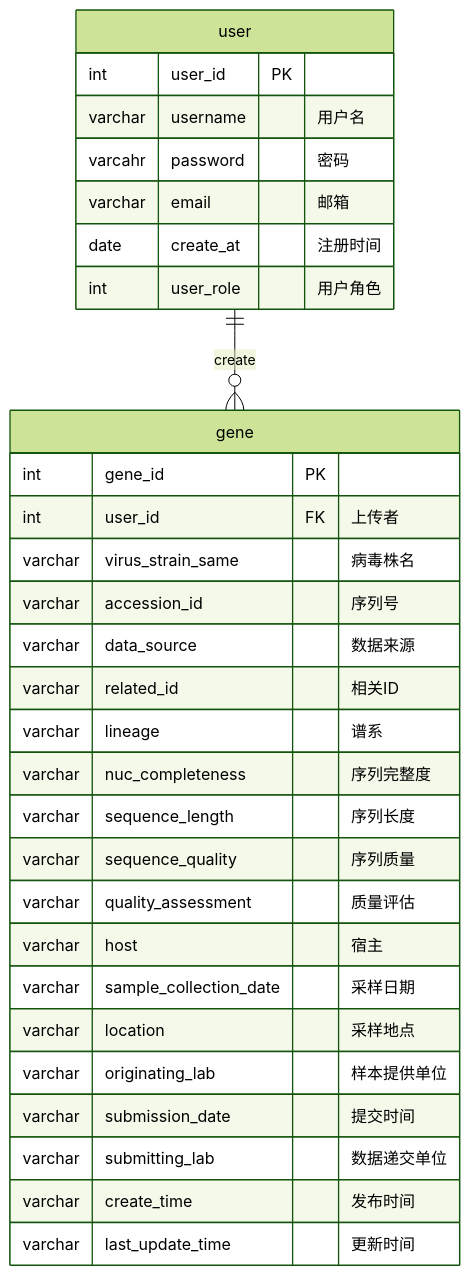
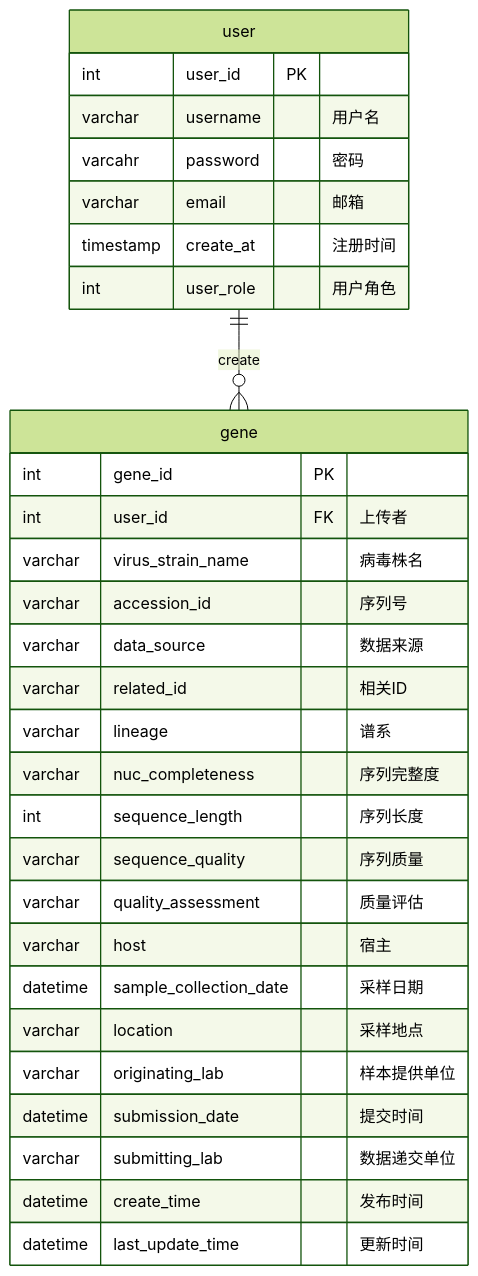
The diagram in docs/general/3.1.3.md (zhang-bin-98/hanclass_bioinfor_server), drawn with Mermaid (forest theme) before and after one commit. The commit also changed 7 other files, not shown here.

````diff
--- a/docs/general/3.1.3.md
+++ b/docs/general/3.1.3.md
@@ -14,38 +14,38 @@
 ```mermaid
 erDiagram 
 
 user {
     int user_id PK
     varchar username "用户名"
     varcahr password "密码"
     varchar email "邮箱"
-    date create_at "注册时间"
+    timestamp create_at "注册时间"
     int user_role "用户角色"
 }
 
 gene {
     int gene_id PK 
     int user_id FK "上传者"
-    varchar virus_strain_same "病毒株名"
+    varchar virus_strain_name "病毒株名"
     varchar accession_id "序列号"
     varchar data_source "数据来源"
     varchar related_id "相关ID"
     varchar lineage "谱系"
     varchar nuc_completeness "序列完整度"
-    varchar sequence_length "序列长度"
+    int sequence_length "序列长度"
     varchar sequence_quality "序列质量"
     varchar quality_assessment "质量评估"
     varchar host "宿主"
-    varchar sample_collection_date "采样日期"
+    datetime sample_collection_date "采样日期"
     varchar location "采样地点"
     varchar originating_lab "样本提供单位"
-    varchar submission_date "提交时间"
+    datetime submission_date "提交时间"
     varchar submitting_lab "数据递交单位"
-    varchar create_time "发布时间"
-    varchar last_update_time "更新时间"
+    datetime create_time "发布时间"
+    datetime last_update_time "更新时间"
 }
 
 
 user ||--o{ gene : "create"
 
 ```
````
